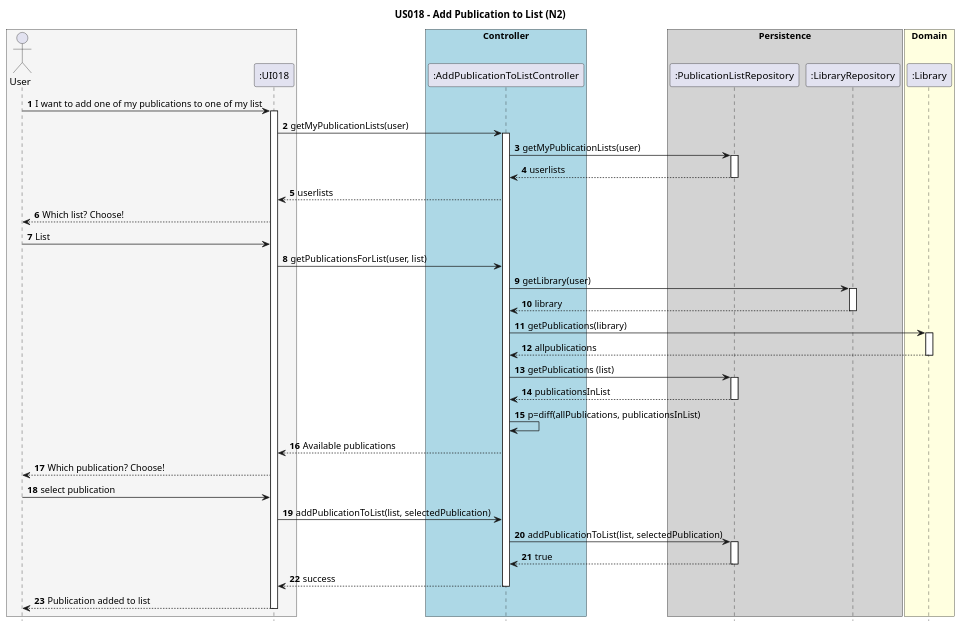
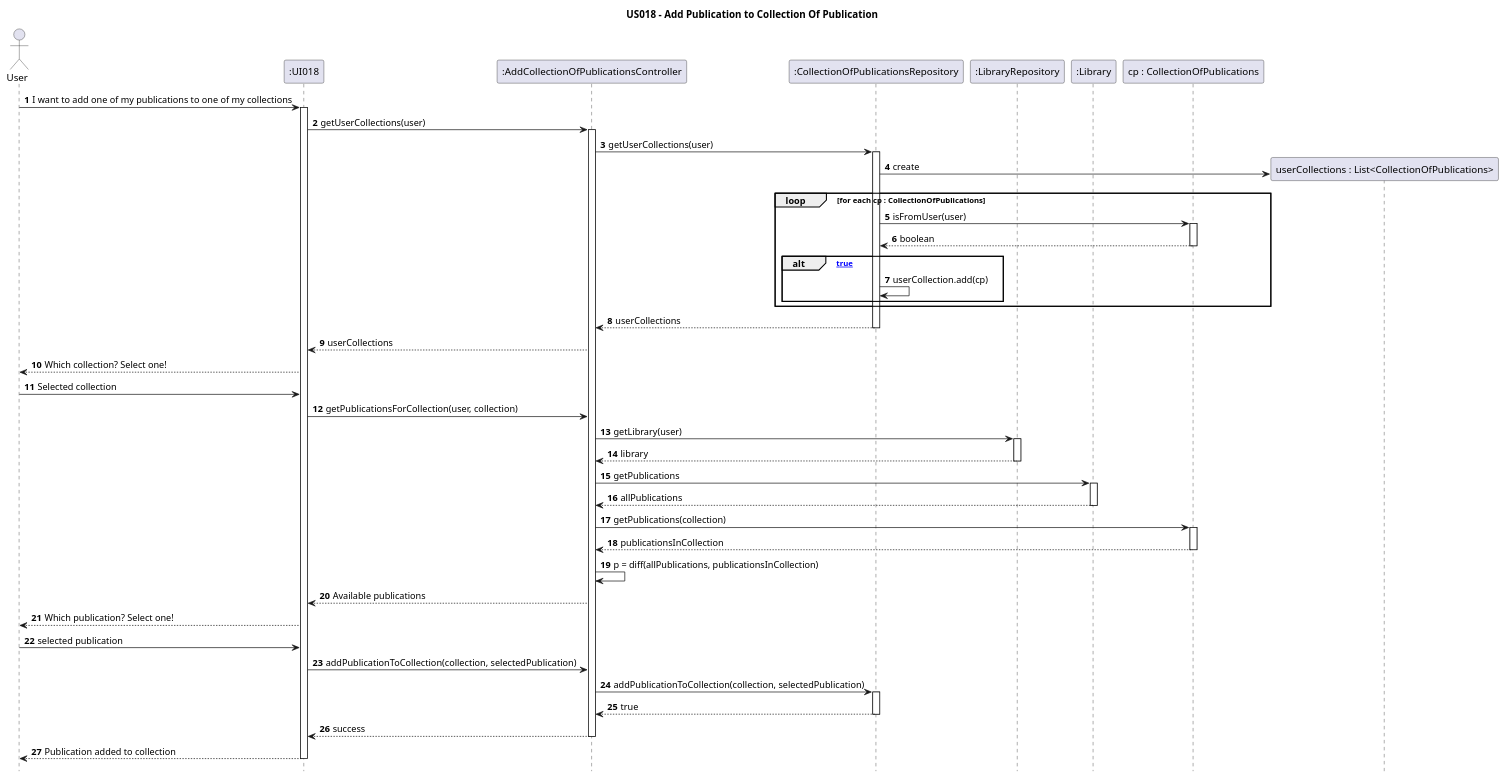
The diagram in Diagrams/SequenceDiagrams/N2/US018-to-add-publication-to-list.puml (AndrePereiraGitH/SWitCH-Project-Team_A), drawn with PlantUML before and after one commit. The commit also changed 5 other files, not shown here.

Commit message:
#88 #89 and #92 #94: update SSD (N1), sequence (N2) and class diagrams

```diff
--- a/Diagrams/SequenceDiagrams/N2/US018-to-add-publication-to-list.puml
+++ b/Diagrams/SequenceDiagrams/N2/US018-to-add-publication-to-list.puml
@@ -1,82 +1,86 @@
 @startuml
 hide footbox
 autonumber
 
-title US018 - Add Publication to List (N2)
+title US018 - Add Publication to Collection Of Publication
 
-box #whitesmoke
 actor "User" as User
 participant ":UI018" as UI
-end box
+participant ":AddCollectionOfPublicationsController" as Controller
+participant ":CollectionOfPublicationsRepository" as CollectionRepo
+participant ":LibraryRepository" as LibraryRepo
+participant ":Library" as Library
+participant "cp : CollectionOfPublications" as cp
 
-box "Controller" #Lightblue
-participant ":AddPublicationToListController" as Controller
-end box
-
-box "Persistence" #LightGrey
-participant ":PublicationListRepository" as PublicationListRepo
-participant ":LibraryRepository" as LibraryRepo
-end box
-
-box "Domain" #Lightyellow
-participant ":Library" as Library
-end box
-
-User -> UI : I want to add one of my publications to one of my list
+User -> UI : I want to add one of my publications to one of my collections
 activate UI
 
-UI -> Controller : getMyPublicationLists(user)
+UI -> Controller : getUserCollections(user)
 activate Controller
 
-Controller -> PublicationListRepo : getMyPublicationLists(user)
-activate PublicationListRepo
-PublicationListRepo --> Controller : userlists
-deactivate PublicationListRepo
+Controller -> CollectionRepo : getUserCollections(user)
+activate CollectionRepo
 
-Controller --> UI : userlists
+create "userCollections : List<CollectionOfPublications>" as UserCollections
+CollectionRepo -> UserCollections : create
 
-UI --> User : Which list? Choose!
+loop for each cp : CollectionOfPublications
+    CollectionRepo -> cp : isFromUser(user)
+    activate cp
 
-User -> UI : List
+     cp --> CollectionRepo : boolean
+        deactivate cp
 
-UI -> Controller : getPublicationsForList(user, list)
+    alt [true]
+        CollectionRepo -> CollectionRepo : userCollection.add(cp)
+    end
+end
+
+CollectionRepo --> Controller : userCollections
+deactivate CollectionRepo
+
+Controller --> UI : userCollections
+
+UI --> User : Which collection? Select one!
+
+User -> UI : Selected collection
+
+UI -> Controller : getPublicationsForCollection(user, collection)
 
 Controller -> LibraryRepo : getLibrary(user)
 activate LibraryRepo
 LibraryRepo --> Controller : library
 deactivate LibraryRepo
 
-Controller -> Library : getPublications(library)
+Controller -> Library : getPublications
 activate Library
-Library --> Controller : allpublications
+Library --> Controller : allPublications
 deactivate Library
 
-Controller -> PublicationListRepo : getPublications (list)
-activate PublicationListRepo
+Controller -> cp : getPublications(collection)
+activate cp
+cp --> Controller : publicationsInCollection
+deactivate cp
 
-PublicationListRepo --> Controller : publicationsInList
-deactivate PublicationListRepo
-
-Controller -> Controller : p=diff(allPublications, publicationsInList)
+Controller -> Controller : p = diff(allPublications, publicationsInCollection)
 
 Controller --> UI : Available publications
 
-UI --> User : Which publication? Choose!
+UI --> User : Which publication? Select one!
 
-User -> UI : select publication
+User -> UI : selected publication
 
-UI -> Controller : addPublicationToList(list, selectedPublication)
+UI -> Controller : addPublicationToCollection(collection, selectedPublication)
 
-Controller -> PublicationListRepo :  addPublicationToList(list, selectedPublication)
-activate PublicationListRepo
-
-PublicationListRepo --> Controller : true
-deactivate PublicationListRepo
+Controller -> CollectionRepo : addPublicationToCollection(collection, selectedPublication)
+activate CollectionRepo
+CollectionRepo --> Controller : true
+deactivate CollectionRepo
 
 Controller --> UI : success
 deactivate Controller
 
-UI --> User : Publication added to list
+UI --> User : Publication added to collection
 deactivate UI
 
 @enduml
```
